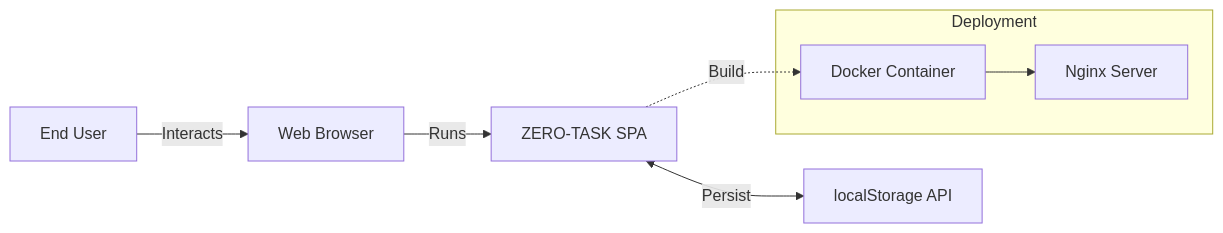
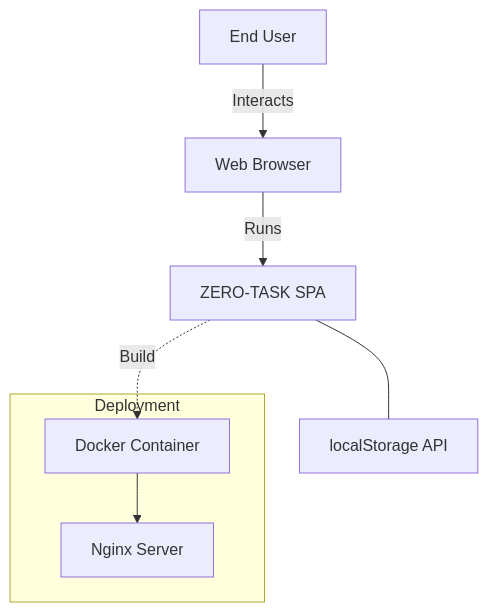
Before and after one commit to Gringo2/zero-task: the first of 2 diagrams in docs/SRS.md, drawn with Mermaid. The commit also changed 2 other files, not shown here.

Commit message:
fix(docs): Definitive Mermaid fix by standardizing on graph TD and simplifying label syntax

````diff
--- a/docs/SRS.md
+++ b/docs/SRS.md
@@ -47,14 +47,14 @@
 ```mermaid
-graph LR
-    User[End User] -->|Interacts| Browser[Web Browser]
-    Browser -->|Runs| App[ZERO-TASK SPA]
-    App <-->|Persist| LocalStorage[localStorage API]
+graph TD
+    User["End User"] -->|"Interacts"| Browser["Web Browser"]
+    Browser -->|"Runs"| App["ZERO-TASK SPA"]
+    App --- LocalStorage["localStorage API"]
     
     subgraph "Deployment"
-        Docker[Docker Container]
-        Nginx[Nginx Server]
+        Docker["Docker Container"]
+        Nginx["Nginx Server"]
     end
     
-    App -.Build.-> Docker
+    App -. "Build" .-> Docker
     Docker --> Nginx
 ```
````
